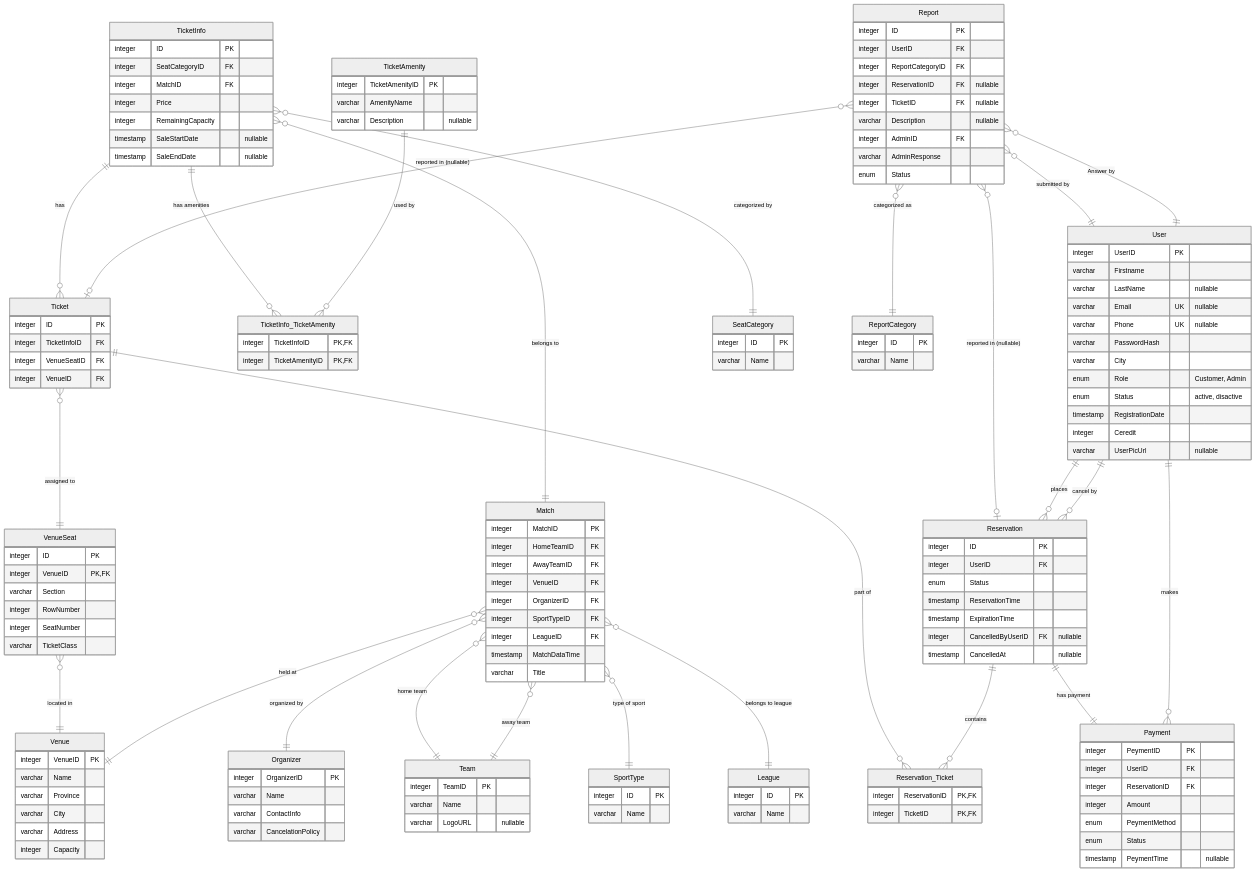
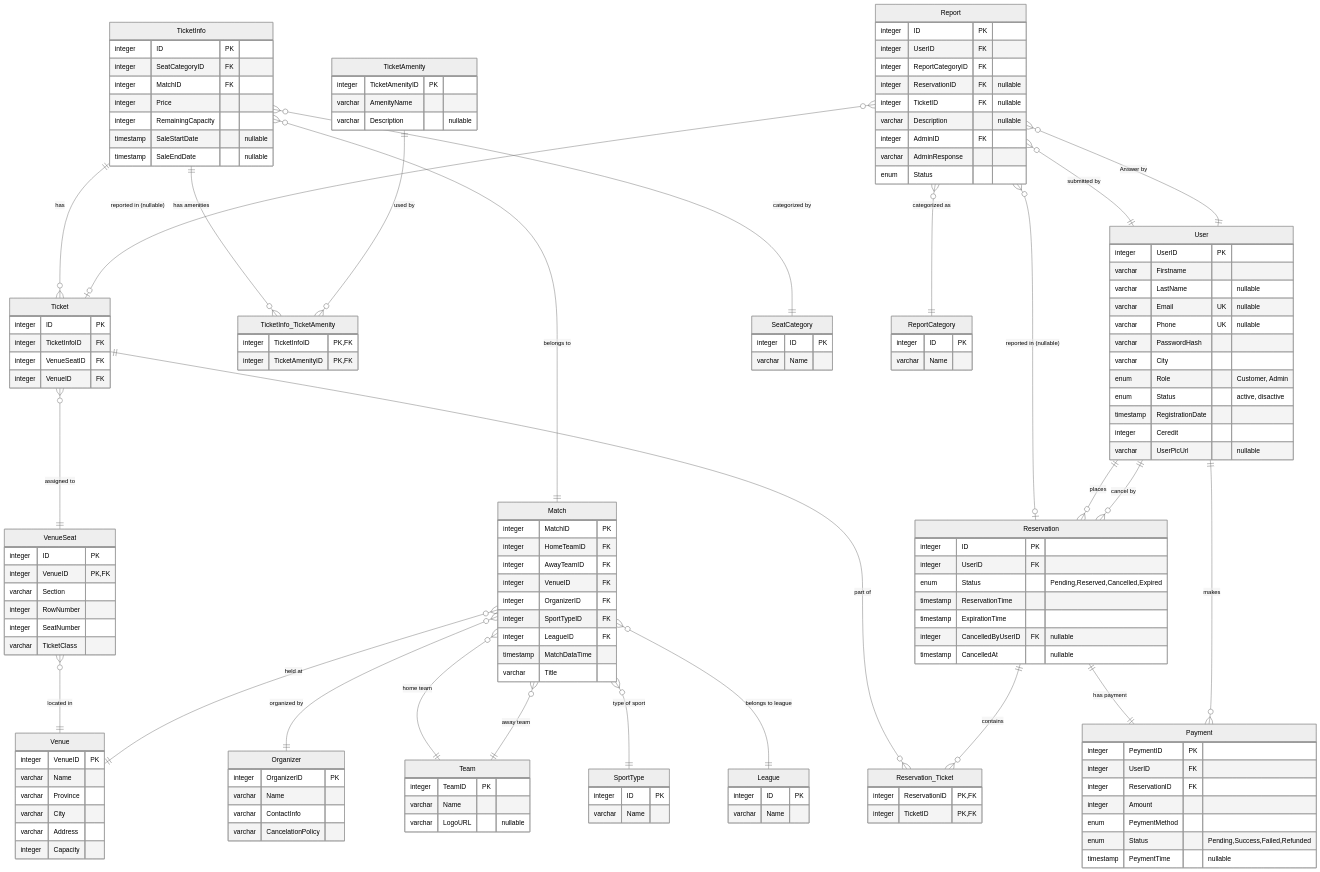
The diagram in sql.mmd (smhhd/BookTheGame), drawn with Mermaid (neutral theme) before and after one commit.

Commit message:
add status names

```diff
--- a/sql.mmd
+++ b/sql.mmd
@@ -1,167 +1,167 @@
 erDiagram
     User {
         integer UserID PK
         varchar Firstname
         varchar LastName "nullable"
         varchar Email UK "nullable"
         varchar Phone UK "nullable"
         varchar PasswordHash
         varchar City
         enum Role "Customer, Admin"
         enum Status "active, disactive"
         timestamp RegistrationDate
         integer Ceredit
         varchar UserPicUrl "nullable"
     }
 
     TicketInfo {
         integer ID PK
         integer SeatCategoryID FK
         integer MatchID FK
         integer Price
         integer RemainingCapacity
         timestamp SaleStartDate "nullable"
         timestamp SaleEndDate "nullable"
     }
 
     TicketAmenity {
         integer TicketAmenityID PK
         varchar AmenityName
         varchar Description "nullable"
     }
 
     TicketInfo_TicketAmenity {
         integer TicketInfoID PK,FK
         integer TicketAmenityID PK,FK
     }
 
     Ticket {
         integer ID PK
         integer TicketInfoID FK
         integer VenueSeatID FK
         integer VenueID FK
     }
 
     SeatCategory {
         integer ID PK
         varchar Name
     }
 
     Reservation {
         integer ID PK
         integer UserID FK
-        enum Status
+        enum Status "Pending,Reserved,Cancelled,Expired"
         timestamp ReservationTime
         timestamp ExpirationTime
         integer CancelledByUserID FK "nullable"
         timestamp CancelledAt "nullable"
     }
 
     Reservation_Ticket {
         integer ReservationID PK,FK
         integer TicketID PK,FK
     }
 
     Payment {
         integer PeymentID PK
         integer UserID FK
         integer ReservationID FK
         integer Amount
         enum PeymentMethod
-        enum Status
+        enum Status "Pending,Success,Failed,Refunded"
         timestamp PeymentTime "nullable"
     }
 
     Match {
         integer MatchID PK
         integer HomeTeamID FK
         integer AwayTeamID FK
         integer VenueID FK
         integer OrganizerID FK
         integer SportTypeID FK
         integer LeagueID FK
         timestamp MatchDataTime
         varchar Title
     }
     Venue {
         integer VenueID PK
         varchar Name
         varchar Province
         varchar City
         varchar Address
         integer Capacity
     }
     Organizer {
         integer OrganizerID PK
         varchar Name
         varchar ContactInfo
         varchar CancelationPolicy
     }
     Team {
         integer TeamID PK
         varchar Name
         varchar LogoURL "nullable"
     }
     SportType {
         integer ID PK
         varchar Name
     }
     League {
         integer ID PK
         varchar Name
     }
     VenueSeat {
         integer ID PK
         integer VenueID PK,FK
         varchar Section
         integer RowNumber
         integer SeatNumber
         varchar TicketClass
     }
     Report {
         integer ID PK
         integer UserID FK
         integer ReportCategoryID FK
         integer ReservationID FK "nullable"
         integer TicketID FK "nullable"
         varchar Description "nullable"
         integer AdminID FK
         varchar AdminResponse
         enum Status
     }
     ReportCategory {
         integer ID PK
         varchar Name
     }
 
     %% Relationships
     TicketInfo }o--|| Match : "belongs to"
     TicketInfo }o--|| SeatCategory : "categorized by"
     TicketInfo ||--o{ Ticket : "has"
     TicketInfo ||--o{ TicketInfo_TicketAmenity : "has amenities"
     TicketAmenity ||--o{ TicketInfo_TicketAmenity : "used by"
 
     Ticket }o--|| VenueSeat : "assigned to"
     Ticket ||--o{ Reservation_Ticket : "part of"
 
     Reservation ||--o{ Reservation_Ticket : "contains"
     Reservation }o--|| User : "cancel by"
     Reservation ||--|| Payment : "has payment"
 
     VenueSeat }o--|| Venue : "located in"
 
     Match }o--|| Venue : "held at"
     Match }o--|| Organizer : "organized by"
     Match }o--|| Team : "home team"
     Match }o--|| Team : "away team"
     Match }o--|| SportType : "type of sport"
     Match }o--|| League : "belongs to league"
 
     Report }o--|| User : "submitted by"
     Report }o--|| User : "Answer by"
     Report }o--|| ReportCategory : "categorized as"
     Report }o--o| Reservation : "reported in (nullable)"
     Report }o--o| Ticket : "reported in (nullable)"
 
     User ||--o{ Reservation : "places"
     User ||--o{ Payment : "makes"
```
